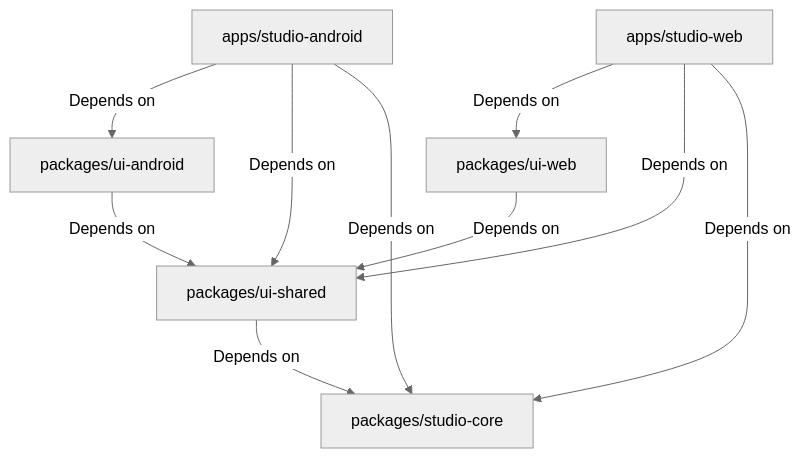
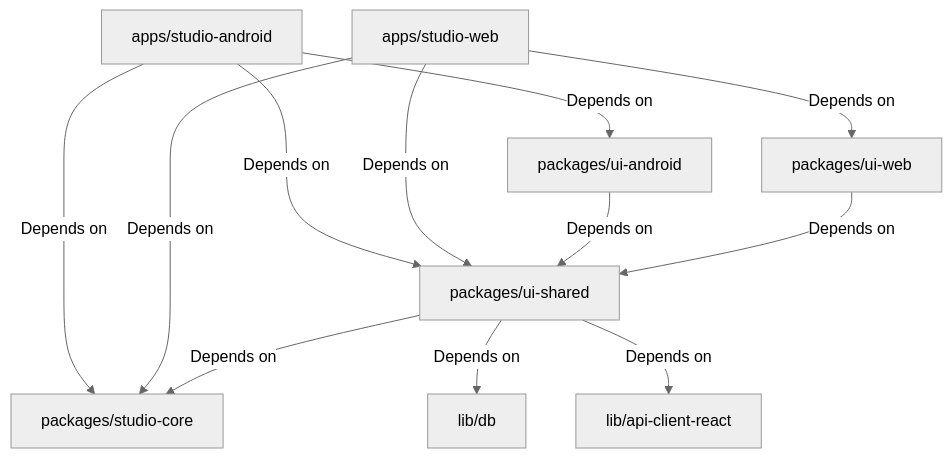
One commit to MAGEXE1000/Studio changed the diagram in docs/engineering_guide.md. Above: the diagram before and after it, drawn with Mermaid (neutral theme). The commit also changed other lines of this file and 15 other files, not shown here.

Commit message:
docs: apply independent senior architecture audit corrections and add source file annotations

````diff
--- a/docs/engineering_guide.md
+++ b/docs/engineering_guide.md
@@ -69,14 +89,16 @@
 ```mermaid
 graph TD
     AndroidApp[apps/studio-android] -->|Depends on| UIAndroid[packages/ui-android]
     AndroidApp -->|Depends on| UIShared[packages/ui-shared]
     AndroidApp -->|Depends on| Core[packages/studio-core]
     
     WebApp[apps/studio-web] -->|Depends on| UIWeb[packages/ui-web]
     WebApp -->|Depends on| UIShared[packages/ui-shared]
     WebApp -->|Depends on| Core[packages/studio-core]
     
     UIAndroid -->|Depends on| UIShared
     UIWeb -->|Depends on| UIShared
     UIShared -->|Depends on| Core
+    UIShared -->|Depends on| DBCli[lib/db]
+    UIShared -->|Depends on| APIReact[lib/api-client-react]
 ```
````
